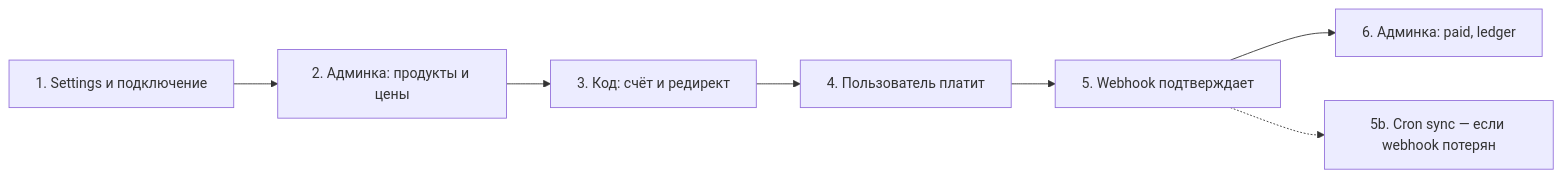
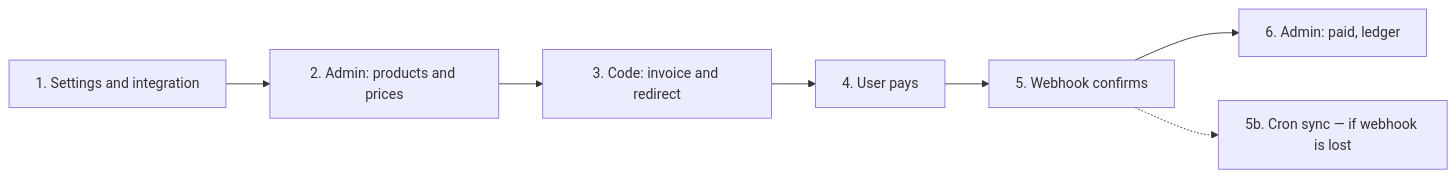
Before and after one commit to svalench/django-stripe-plisio: the first of 3 diagrams in README.md, drawn with Mermaid. The commit also changed other lines of this file and 2 other files, not shown here.

````diff
--- a/README.md
+++ b/README.md
@@ -36,9 +36,9 @@
 ```mermaid
 flowchart LR
-    A[1. Settings и подключение] --> B[2. Админка: продукты и цены]
-    B --> C[3. Код: счёт и редирект]
-    C --> D[4. Пользователь платит]
-    D --> E[5. Webhook подтверждает]
-    E --> F[6. Админка: paid, ledger]
-    E -.-> G[5b. Cron sync — если webhook потерян]
+    A[1. Settings and integration] --> B[2. Admin: products and prices]
+    B --> C[3. Code: invoice and redirect]
+    C --> D[4. User pays]
+    D --> E[5. Webhook confirms]
+    E --> F[6. Admin: paid, ledger]
+    E -.-> G[5b. Cron sync — if webhook is lost]
 ```
````
